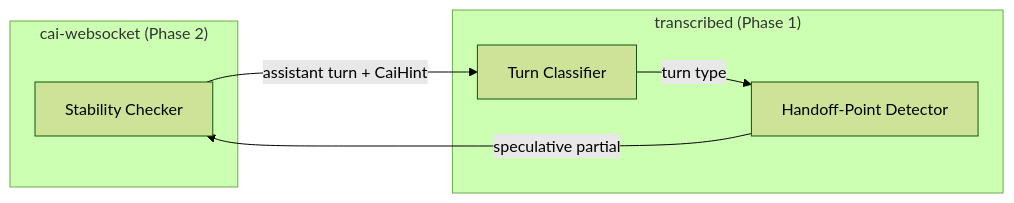
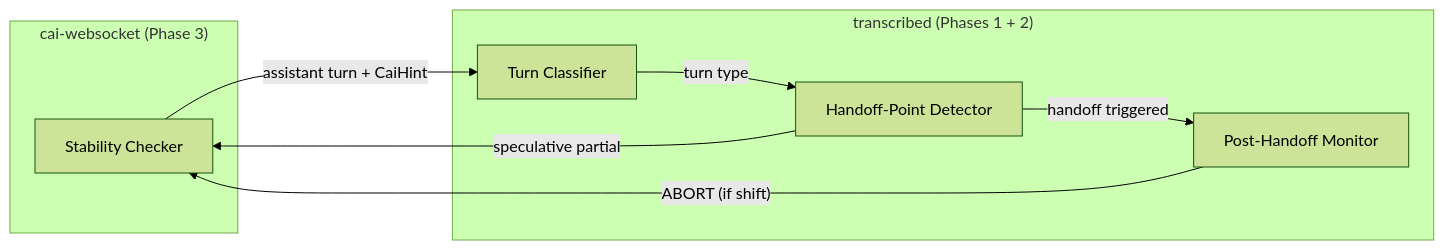
One commit to redmatter/cai-experiments changed the second of 10 diagrams in tools/semantic-stability-tester/docs/ARCHITECTURE.md. Above: the diagram before and after it, drawn with Mermaid (forest theme). The commit also changed other lines of this file and 2 other files, not shown here.

First line of the commit message:
docs: add early handoff tracking, section descriptions, and three-phase architecture

````diff
--- a/tools/semantic-stability-tester/docs/ARCHITECTURE.md
+++ b/tools/semantic-stability-tester/docs/ARCHITECTURE.md
@@ -60,15 +60,18 @@
 ```mermaid
 graph LR
-    subgraph "cai-websocket (Phase 2)"
+    subgraph "cai-websocket (Phase 3)"
         SC[Stability Checker]
     end
 
-    subgraph "transcribed (Phase 1)"
+    subgraph "transcribed (Phases 1 + 2)"
+        TC[Turn Classifier]
         FP[Handoff-Point Detector]
-        TC[Turn Classifier]
+        MN[Post-Handoff Monitor]
     end
 
     SC -->|"assistant turn + CaiHint"| TC
     TC -->|"turn type"| FP
     FP -->|"speculative partial"| SC
+    FP -->|"handoff triggered"| MN
+    MN -->|"ABORT (if shift)"| SC
 ```
````
